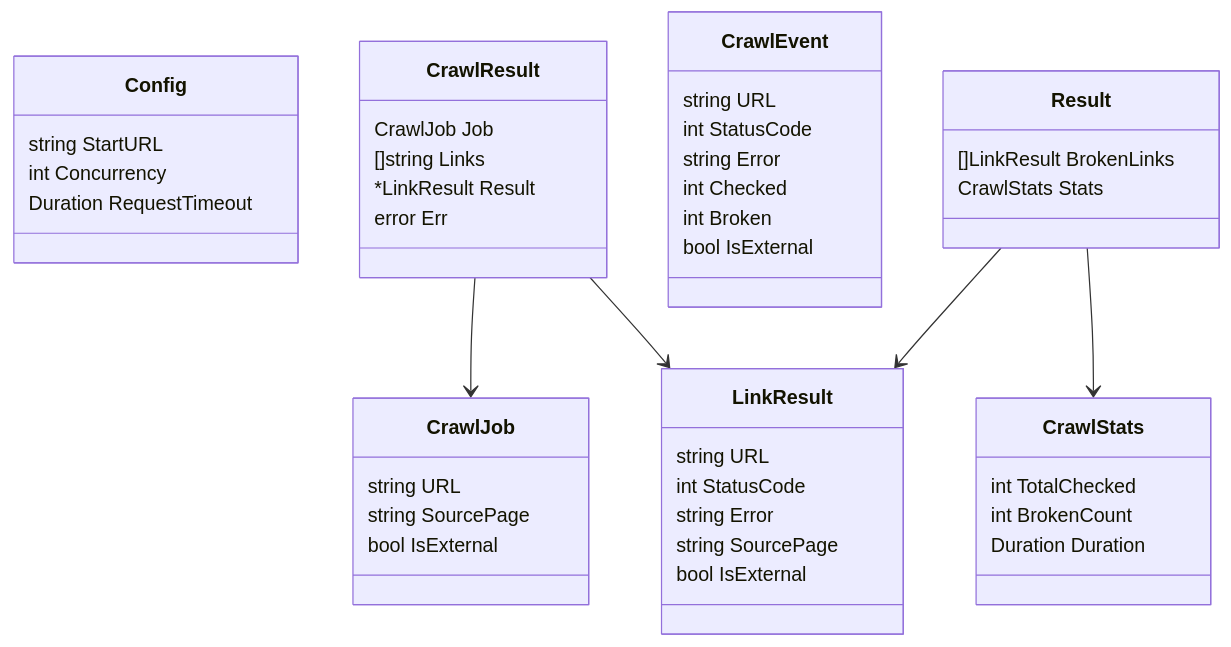
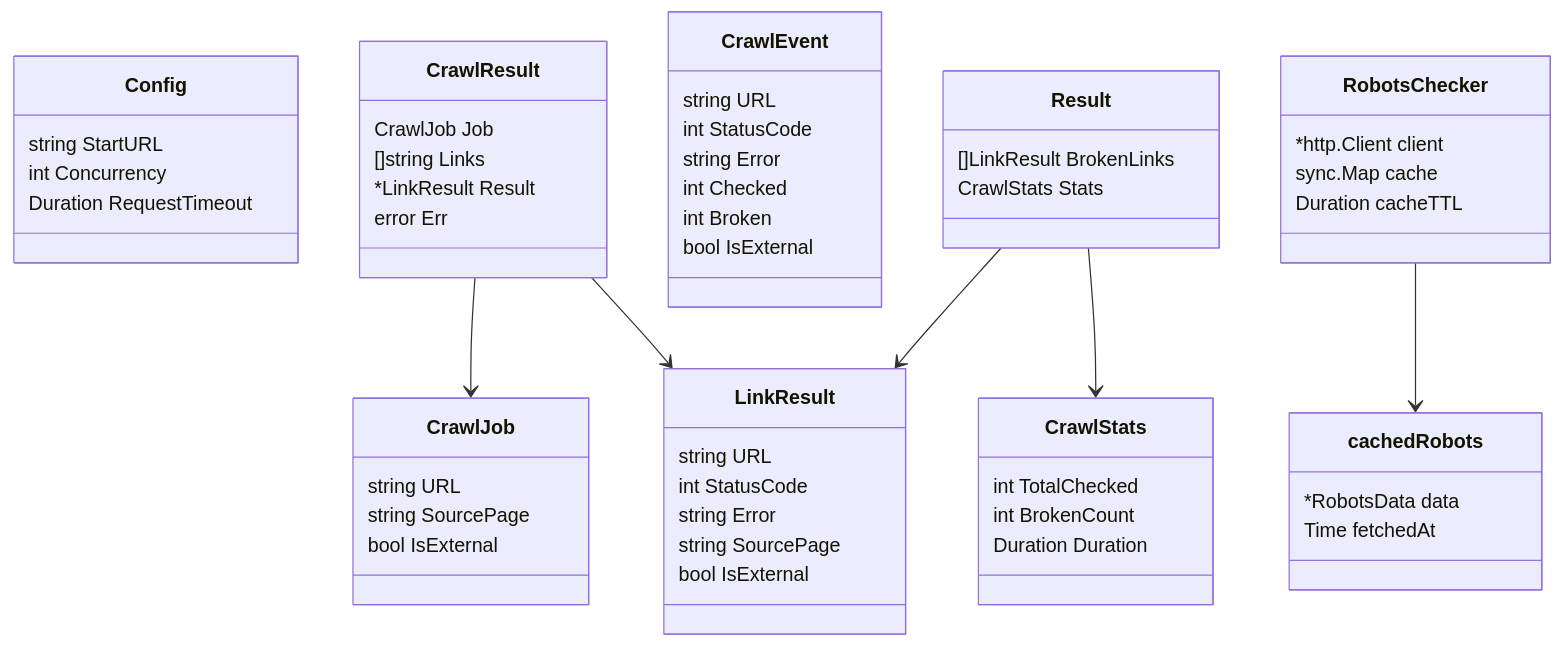
One commit to lukemcguire/vibraphone-template changed the fourth of 6 diagrams in docs/ARCHITECTURE.md. Above: the diagram before and after it, drawn with Mermaid. The commit also changed other lines of this file and 6 other files, not shown here.

````diff
--- a/docs/ARCHITECTURE.md
+++ b/docs/ARCHITECTURE.md
@@ -88,47 +92,57 @@
 ```mermaid
 classDiagram
     class Config {
         string StartURL
         int Concurrency
         Duration RequestTimeout
     }
     class CrawlJob {
         string URL
         string SourcePage
         bool IsExternal
     }
     class CrawlResult {
         CrawlJob Job
         []string Links
         *LinkResult Result
         error Err
     }
     class CrawlEvent {
         string URL
         int StatusCode
         string Error
         int Checked
         int Broken
         bool IsExternal
     }
     class LinkResult {
         string URL
         int StatusCode
         string Error
         string SourcePage
         bool IsExternal
     }
     class CrawlStats {
         int TotalChecked
         int BrokenCount
         Duration Duration
     }
     class Result {
         []LinkResult BrokenLinks
         CrawlStats Stats
     }
+    class RobotsChecker {
+        *http.Client client
+        sync.Map cache
+        Duration cacheTTL
+    }
+    class cachedRobots {
+        *RobotsData data
+        Time fetchedAt
+    }
     CrawlResult --> CrawlJob
     CrawlResult --> LinkResult
     Result --> LinkResult
     Result --> CrawlStats
+    RobotsChecker --> cachedRobots
 ```
````
